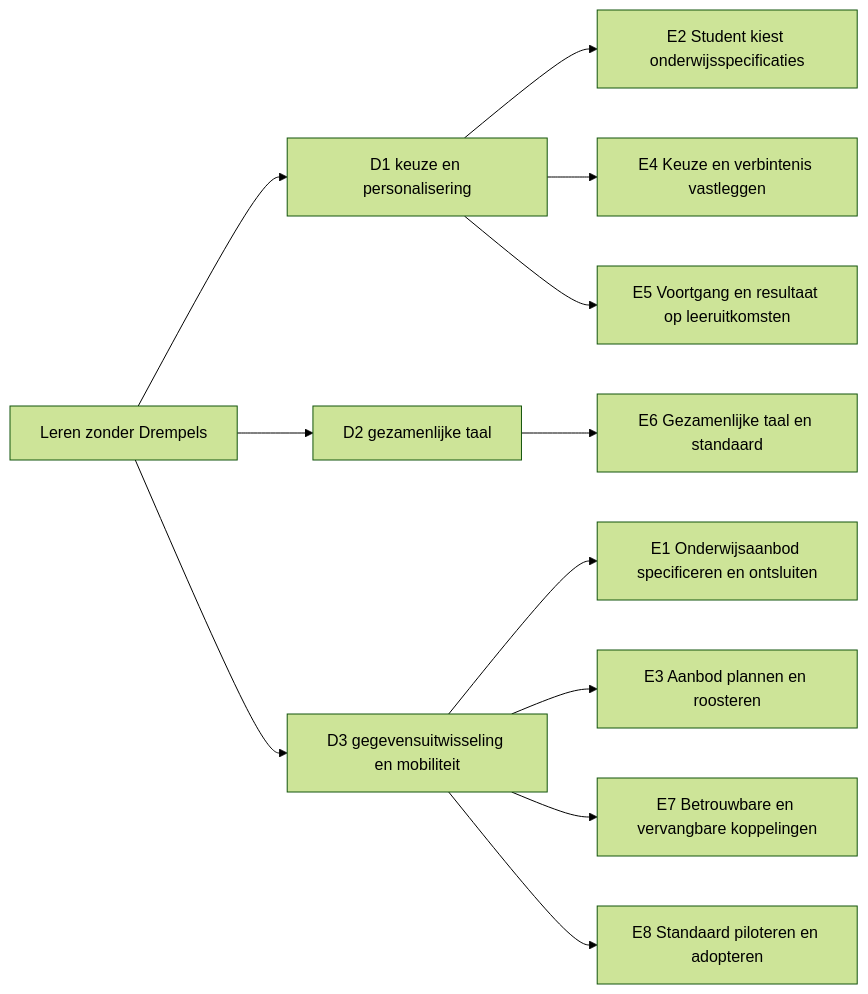
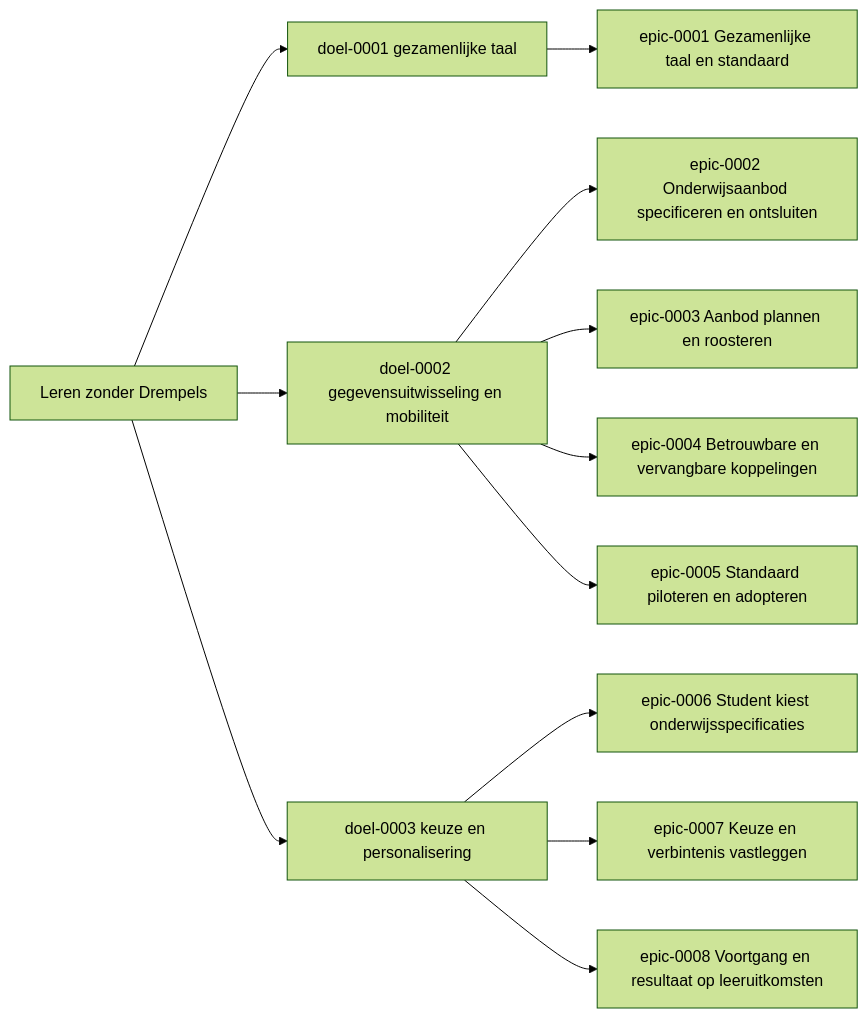
Before and after one commit to Npuls-OKx/meta: the diagram in architecture/docs/requirements/README.md, drawn with Mermaid (forest theme). The commit also changed other lines of this file and 8 other files, not shown here.

````diff
--- a/architecture/docs/requirements/README.md
+++ b/architecture/docs/requirements/README.md
@@ -9,12 +9,12 @@
 ```mermaid
 flowchart LR
-  LZD["Leren zonder Drempels"] --> D1["D1 keuze en personalisering"] & D2["D2 gezamenlijke taal"] & D3["D3 gegevensuitwisseling en mobiliteit"]
-  D1 --> E2["E2 Student kiest onderwijsspecificaties"]
-  D1 --> E4["E4 Keuze en verbintenis vastleggen"]
-  D1 --> E5["E5 Voortgang en resultaat op leeruitkomsten"]
-  D2 --> E6["E6 Gezamenlijke taal en standaard"]
-  D3 --> E1["E1 Onderwijsaanbod specificeren en ontsluiten"]
-  D3 --> E3["E3 Aanbod plannen en roosteren"]
-  D3 --> E7["E7 Betrouwbare en vervangbare koppelingen"]
-  D3 --> E8["E8 Standaard piloteren en adopteren"]
+  LZD["Leren zonder Drempels"] --> DL1["doel-0001 gezamenlijke taal"] & DL2["doel-0002 gegevensuitwisseling en mobiliteit"] & DL3["doel-0003 keuze en personalisering"]
+  DL1 --> EP1["epic-0001 Gezamenlijke taal en standaard"]
+  DL2 --> EP2["epic-0002 Onderwijsaanbod specificeren en ontsluiten"]
+  DL2 --> EP3["epic-0003 Aanbod plannen en roosteren"]
+  DL2 --> EP4["epic-0004 Betrouwbare en vervangbare koppelingen"]
+  DL2 --> EP5["epic-0005 Standaard piloteren en adopteren"]
+  DL3 --> EP6["epic-0006 Student kiest onderwijsspecificaties"]
+  DL3 --> EP7["epic-0007 Keuze en verbintenis vastleggen"]
+  DL3 --> EP8["epic-0008 Voortgang en resultaat op leeruitkomsten"]
 ```
````
